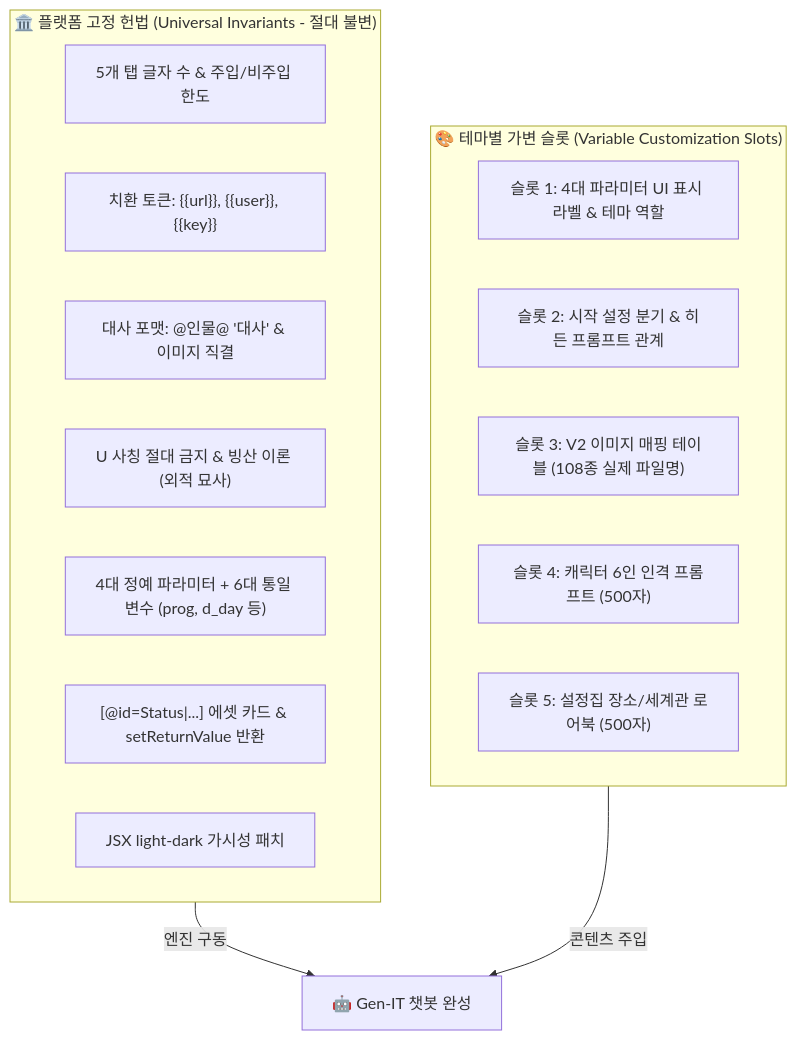
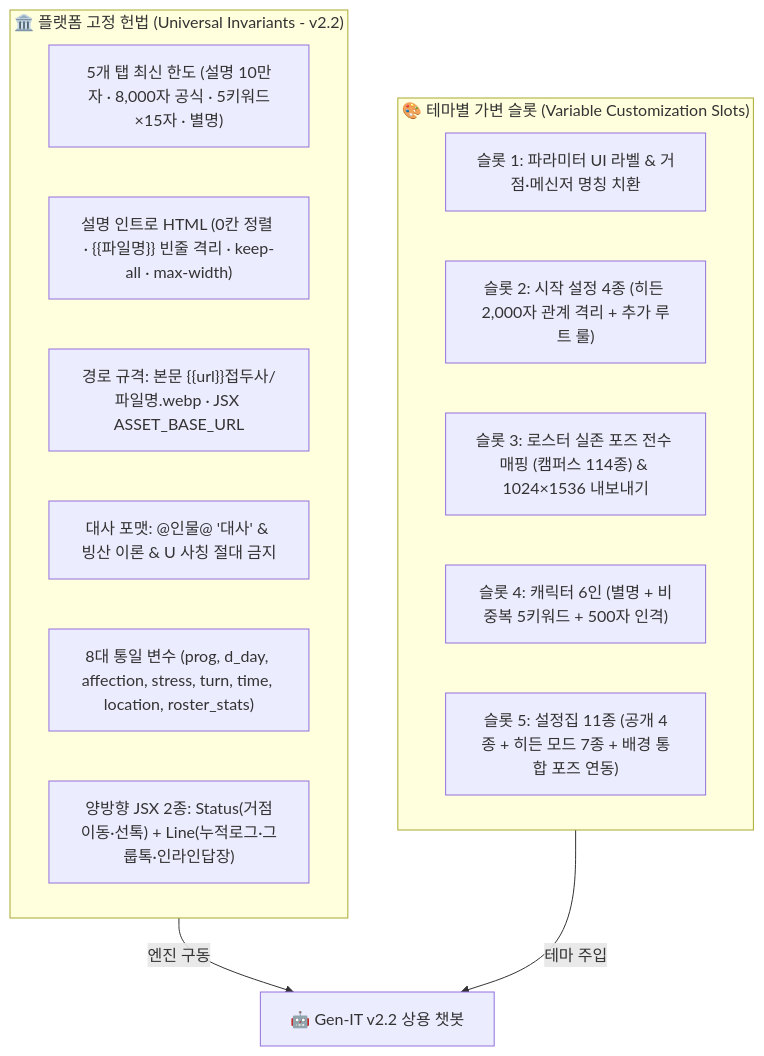
One commit to LeeKyunHo/plepa changed the diagram in docs/젠잇_캐릭터채팅_제작법.md. Above: the diagram before and after it, drawn with Mermaid. The commit also changed other lines of this file and 3 other files, not shown here.

Commit message:
docs: 젠잇 캐릭터채팅 제작법 v2.2 최신화 및 인트로 HTML 반응형·구버전 문서 정리

````diff
--- a/docs/젠잇_캐릭터채팅_제작법.md
+++ b/docs/젠잇_캐릭터채팅_제작법.md
@@ -44,23 +37,22 @@
 ```mermaid
 flowchart TD
-    subgraph Universal["🏛️ 플랫폼 고정 헌법 (Universal Invariants - 절대 불변)"]
-        TabRules["5개 탭 글자 수 & 주입/비주입 한도"]
-        Tokens["치환 토큰: {{url}}, {{user}}, {{key}}"]
-        DialogueRule["대사 포맷: @인물@ '대사' & 이미지 직결"]
-        IcebergRule["U 사칭 절대 금지 & 빙산 이론 (외적 묘사)"]
-        ParamSlim["4대 정예 파라미터 + 6대 통일 변수 (prog, d_day 등)"]
-        InfoAnchor["[@id=Status|...] 에셋 카드 & setReturnValue 반환"]
-        JSXRule["JSX light-dark 가시성 패치"]
+    subgraph Universal["🏛️ 플랫폼 고정 헌법 (Universal Invariants - v2.2)"]
+        TabRules["5개 탭 최신 한도 (설명 10만자 · 8,000자 공식 · 5키워드×15자 · 별명)"]
+        HtmlRule["설명 인트로 HTML (0칸 정렬 · {{파일명}} 빈줄 격리 · keep-all · max-width)"]
+        Tokens["경로 규격: 본문 {{url}}접두사/파일명.webp · JSX ASSET_BASE_URL"]
+        DialogueRule["대사 포맷: @인물@ '대사' & 빙산 이론 & U 사칭 절대 금지"]
+        Var8["8대 통일 변수 (prog, d_day, affection, stress, turn, time, location, roster_stats)"]
+        Widget2["양방향 JSX 2종: Status(거점이동·선톡) + Line(누적로그·그룹톡·인라인답장)"]
     end
 
     subgraph Variable["🎨 테마별 가변 슬롯 (Variable Customization Slots)"]
-        Slot1["슬롯 1: 4대 파라미터 UI 표시 라벨 & 테마 역할"]
-        Slot2["슬롯 2: 시작 설정 분기 & 히든 프롬프트 관계"]
-        Slot3["슬롯 3: V2 이미지 매핑 테이블 (108종 실제 파일명)"]
-        Slot4["슬롯 4: 캐릭터 6인 인격 프롬프트 (500자)"]
-        Slot5["슬롯 5: 설정집 장소/세계관 로어북 (500자)"]
+        Slot1["슬롯 1: 파라미터 UI 라벨 & 거점·메신저 명칭 치환"]
+        Slot2["슬롯 2: 시작 설정 4종 (히든 2,000자 관계 격리 + 추가 루트 룰)"]
+        Slot3["슬롯 3: 로스터 실존 포즈 전수 매핑 (캠퍼스 114종) & 1024×1536 내보내기"]
+        Slot4["슬롯 4: 캐릭터 6인 (별명 + 비중복 5키워드 + 500자 인격)"]
+        Slot5["슬롯 5: 설정집 11종 (공개 4종 + 히든 모드 7종 + 배경 통합 포즈 연동)"]
     end
 
-    Universal -->|엔진 구동| Engine["🤖 Gen-IT 챗봇 완성"]
-    Variable -->|콘텐츠 주입| Engine
+    Universal -->|엔진 구동| Engine["🤖 Gen-IT v2.2 상용 챗봇"]
+    Variable -->|테마 주입| Engine
 ```
````
